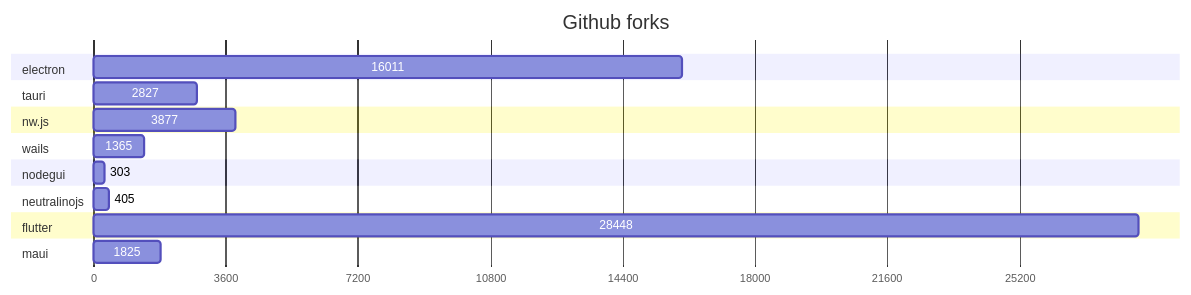
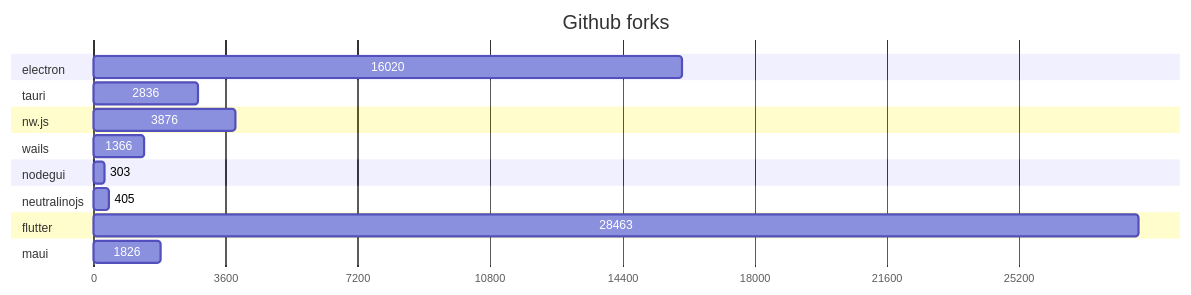
Before and after one commit to Elanis/web-to-desktop-framework-comparison: the second of 2 diagrams in GRAPHS.md, drawn with Mermaid. The commit also changed other lines of this file and 2 other files, not shown here.

````diff
--- a/GRAPHS.md
+++ b/GRAPHS.md
@@ -47,40 +47,40 @@
 ```mermaid
 gantt
     title Github forks
     dateFormat  X
     axisFormat %s
 
 
 	section electron
-	16011 : 0, 16011
+	16020 : 0, 16020
 
 	
 	section tauri
-	2827 : 0, 2827
+	2836 : 0, 2836
 
 	
 	section nw.js
-	3877 : 0, 3877
+	3876 : 0, 3876
 
 	
 	section wails
-	1365 : 0, 1365
+	1366 : 0, 1366
 
 	
 	section nodegui
 	303 : 0, 303
 
 	
 	section neutralinojs
 	405 : 0, 405
 
 	
 	section flutter
-	28448 : 0, 28448
+	28463 : 0, 28463
 
 	
 	section maui
-	1825 : 0, 1825
+	1826 : 0, 1826
 
 	
 ```
````
